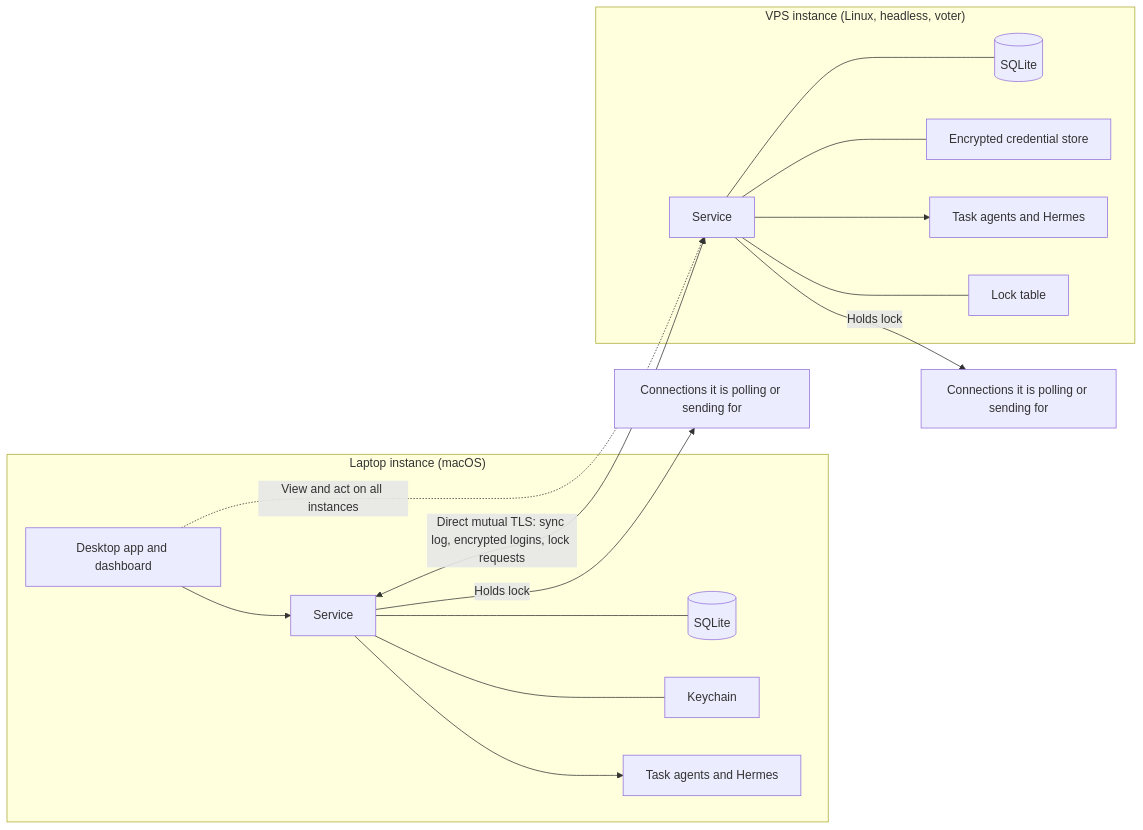
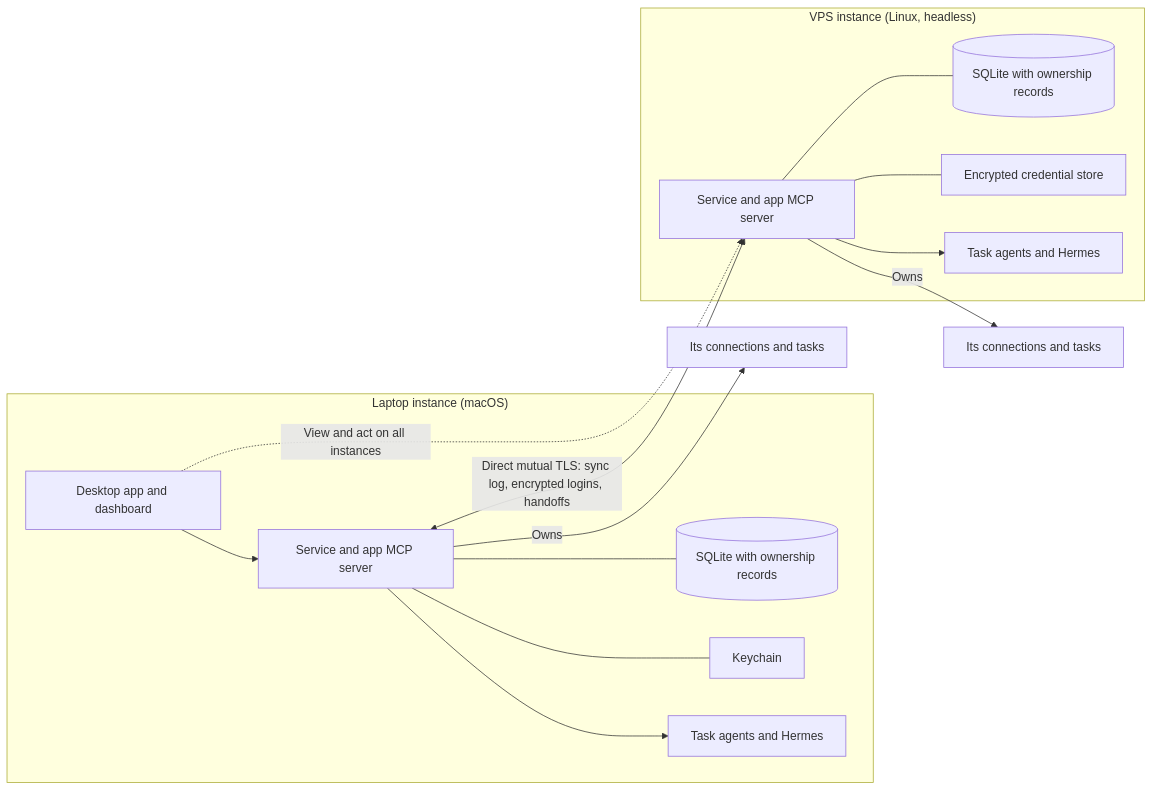
Before and after one commit to Dodecahedr0x/me-myself-ai: the diagram in docs/specs/instances-and-sync.md, drawn with Mermaid. The commit also changed other lines of this file and 7 other files, not shown here.

Commit message:
docs: shared agent setup, app MCP server, Hermes dispatch and ownership protocol

````diff
--- a/docs/specs/instances-and-sync.md
+++ b/docs/specs/instances-and-sync.md
@@ -29,29 +30,27 @@
 ```mermaid
 flowchart LR
     subgraph Laptop["Laptop instance (macOS)"]
         LUI[Desktop app and dashboard]
-        LSvc[Service]
-        LDB[(SQLite)]
+        LSvc[Service and app MCP server]
+        LDB[(SQLite with ownership records)]
         LKC[Keychain]
         LAg[Task agents and Hermes]
         LSvc --- LDB
         LSvc --- LKC
         LSvc --> LAg
         LUI --> LSvc
     end
-    subgraph VPS["VPS instance (Linux, headless, voter)"]
-        VSvc[Service]
-        VDB[(SQLite)]
+    subgraph VPS["VPS instance (Linux, headless)"]
+        VSvc[Service and app MCP server]
+        VDB[(SQLite with ownership records)]
         VKS[Encrypted credential store]
         VAg[Task agents and Hermes]
-        Locks[Lock table]
         VSvc --- VDB
         VSvc --- VKS
         VSvc --> VAg
-        VSvc --- Locks
     end
-    LSvc <-->|Direct mutual TLS: sync log, encrypted logins, lock requests| VSvc
-    LSvc -->|Holds lock| SrcA[Connections it is polling or sending for]
-    VSvc -->|Holds lock| SrcB[Connections it is polling or sending for]
+    LSvc <-->|Direct mutual TLS: sync log, encrypted logins, handoffs| VSvc
+    LSvc -->|Owns| SrcA[Its connections and tasks]
+    VSvc -->|Owns| SrcB[Its connections and tasks]
     LUI -.->|View and act on all instances| VSvc
 ```
````
